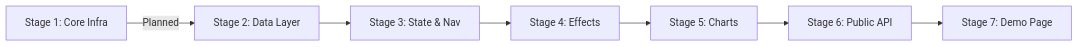
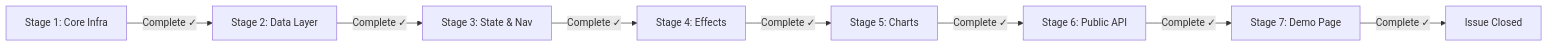
The diagram in docs/proposals/epic-1-four-t-initial-release/child-3-phase-1-mvp-widget/progress.md (A1eksMa/four-t), drawn with Mermaid before and after one commit. The commit also changed other lines of this file and 2 other files, not shown here.

Commit message:
docs(issue-3): add Stage 7 progress, close phase — update epic progress
All 7 stages complete. Issue #3: 100% (7/7 stages).
Epic #1: 29% (2/7 phases). Phase 1 completed 2026-03-28.

````diff
--- a/docs/proposals/epic-1-four-t-initial-release/child-3-phase-1-mvp-widget/progress.md
+++ b/docs/proposals/epic-1-four-t-initial-release/child-3-phase-1-mvp-widget/progress.md
@@ -5,9 +5,10 @@
 ```mermaid
 graph LR
-    S1[Stage 1: Core Infra] -->|Planned| S2[Stage 2: Data Layer]
-    S2 --> S3[Stage 3: State & Nav]
-    S3 --> S4[Stage 4: Effects]
-    S4 --> S5[Stage 5: Charts]
-    S5 --> S6[Stage 6: Public API]
-    S6 --> S7[Stage 7: Demo Page]
+    S1[Stage 1: Core Infra] -->|Complete ✓| S2[Stage 2: Data Layer]
+    S2 -->|Complete ✓| S3[Stage 3: State & Nav]
+    S3 -->|Complete ✓| S4[Stage 4: Effects]
+    S4 -->|Complete ✓| S5[Stage 5: Charts]
+    S5 -->|Complete ✓| S6[Stage 6: Public API]
+    S6 -->|Complete ✓| S7[Stage 7: Demo Page]
+    S7 -->|Complete ✓| DONE[Issue Closed]
 ```
````
